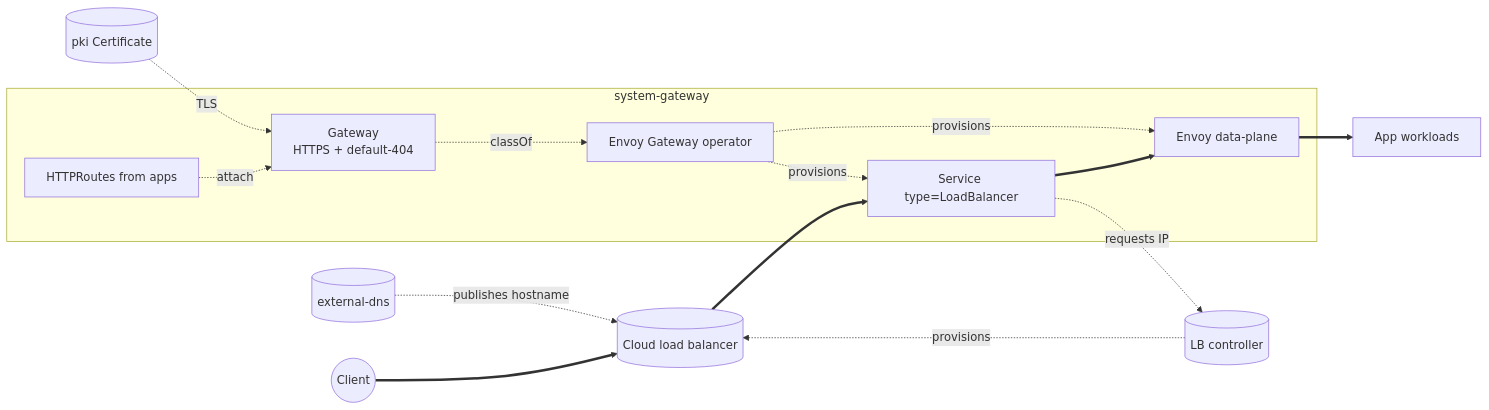
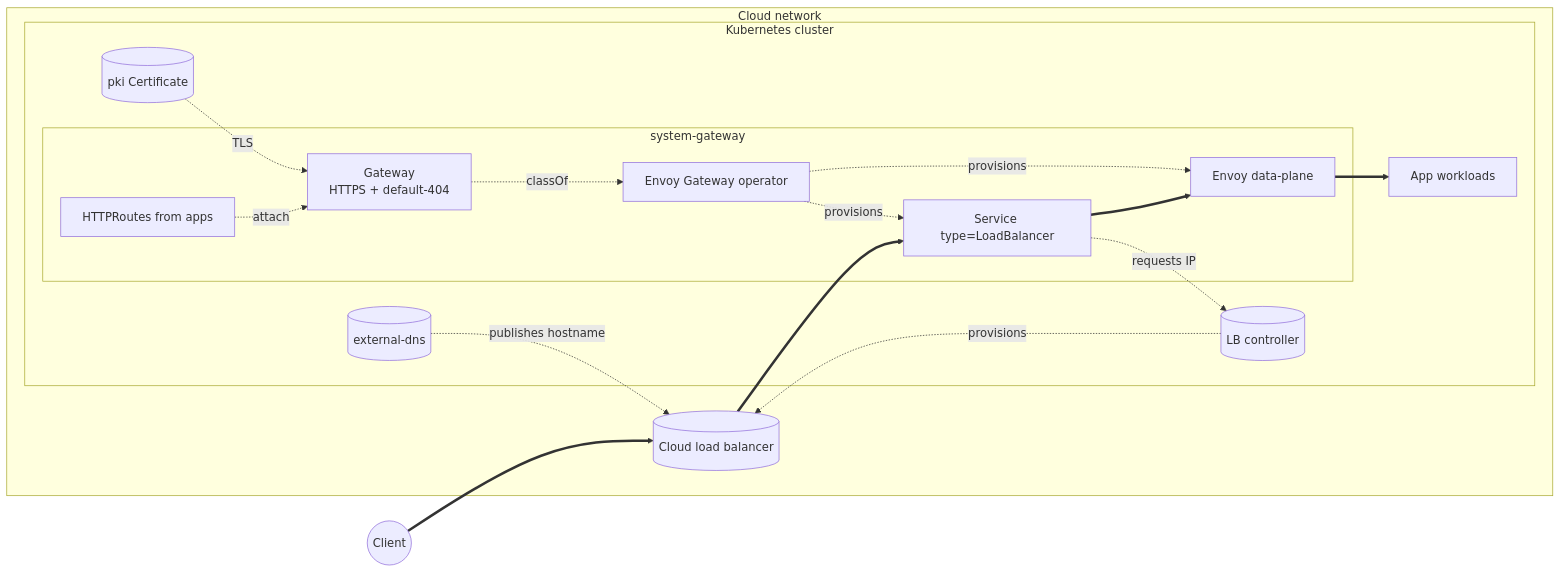
The first of 4 diagrams in kustomize/gateway/README.md (windsorcli/core), drawn with Mermaid before and after one commit. The commit also changed other lines of this file and 9 other files, not shown here.

````diff
--- a/kustomize/gateway/README.md
+++ b/kustomize/gateway/README.md
@@ -46,26 +49,31 @@
 ```mermaid
 flowchart LR
   client((Client))
 
-  subgraph systemgateway[system-gateway]
-    op[Envoy Gateway operator]
-    gw[Gateway<br/>HTTPS + default-404]
-    routes[HTTPRoutes from apps]
-    svc[Service type=LoadBalancer]
-    envoy[Envoy data-plane]
+  subgraph net[Cloud network]
+    cloudlb[(Cloud load balancer)]
+
+    subgraph cluster[Kubernetes cluster]
+      subgraph systemgateway[system-gateway]
+        op[Envoy Gateway operator]
+        gw[Gateway<br/>HTTPS + default-404]
+        routes[HTTPRoutes from apps]
+        svc[Service type=LoadBalancer]
+        envoy[Envoy data-plane]
+      end
+
+      lbctrl[(LB controller)]
+      cert[(pki Certificate)]
+      dns[(external-dns)]
+      app[App workloads]
+    end
   end
-
-  cloudlb[(Cloud load balancer)]
-  lbctrl[(LB controller)]
-  cert[(pki Certificate)]
-  dns[(external-dns)]
-  app[App workloads]
 
   client ==> cloudlb ==> svc ==> envoy ==> app
   op -. provisions .-> svc & envoy
   gw -. classOf .-> op
   routes -. attach .-> gw
   cert -. TLS .-> gw
   svc -. requests IP .-> lbctrl -. provisions .-> cloudlb
   dns -. publishes hostname .-> cloudlb
 ```
````
